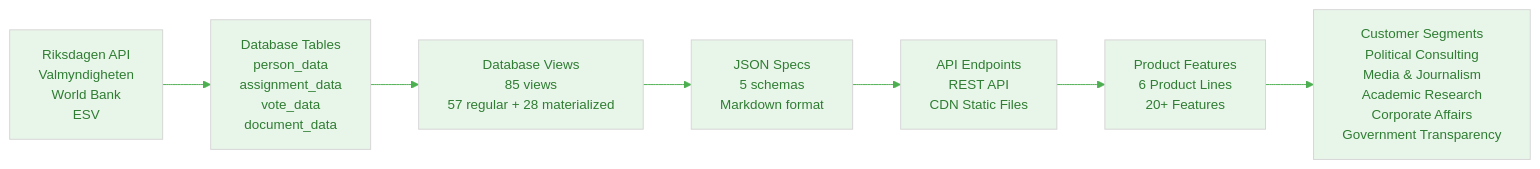
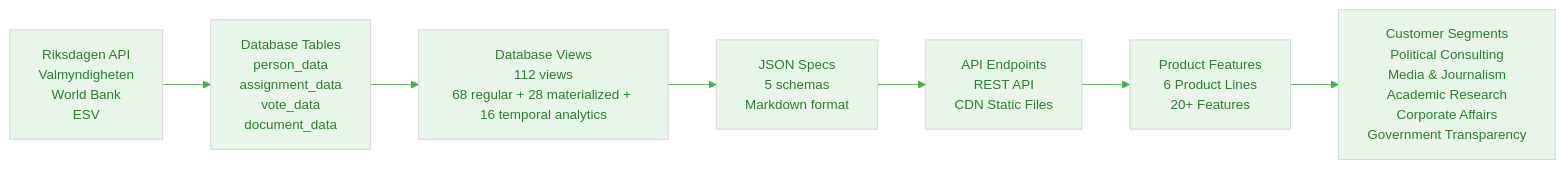
Before and after one commit to Hack23/cia: the third of 6 diagrams in BUSINESS_PRODUCT_DOCUMENT.md, drawn with Mermaid. The commit also changed other lines of this file and 1 other file, not shown here.

First line of the commit message:
Update BUSINESS_PRODUCT_DOCUMENT.md to v1.1 with advanced intelligence views (v1.40-v1.43, v1.55, v1.57-v1.61) and 112 view documentation (#8251)

````diff
--- a/BUSINESS_PRODUCT_DOCUMENT.md
+++ b/BUSINESS_PRODUCT_DOCUMENT.md
@@ -140,20 +1032,20 @@
 ```mermaid
 %%{
   init: {
     'theme': 'base',
     'themeVariables': {
       'primaryColor': '#e8f5e9',
       'primaryTextColor': '#2e7d32',
       'lineColor': '#4caf50',
       'fontSize': '14px'
     }
   }
 }%%
 flowchart LR
     A[Riksdagen API<br/>Valmyndigheten<br/>World Bank<br/>ESV] --> B[Database Tables<br/>person_data<br/>assignment_data<br/>vote_data<br/>document_data]
-    B --> C[Database Views<br/>85 views<br/>57 regular + 28 materialized]
+    B --> C[Database Views<br/>112 views<br/>68 regular + 28 materialized + 16 temporal analytics]
     C --> D[JSON Specs<br/>5 schemas<br/>Markdown format]
     D --> E[API Endpoints<br/>REST API<br/>CDN Static Files]
     E --> F[Product Features<br/>6 Product Lines<br/>20+ Features]
     F --> G[Customer Segments<br/>Political Consulting<br/>Media & Journalism<br/>Academic Research<br/>Corporate Affairs<br/>Government Transparency]
 ```
````
